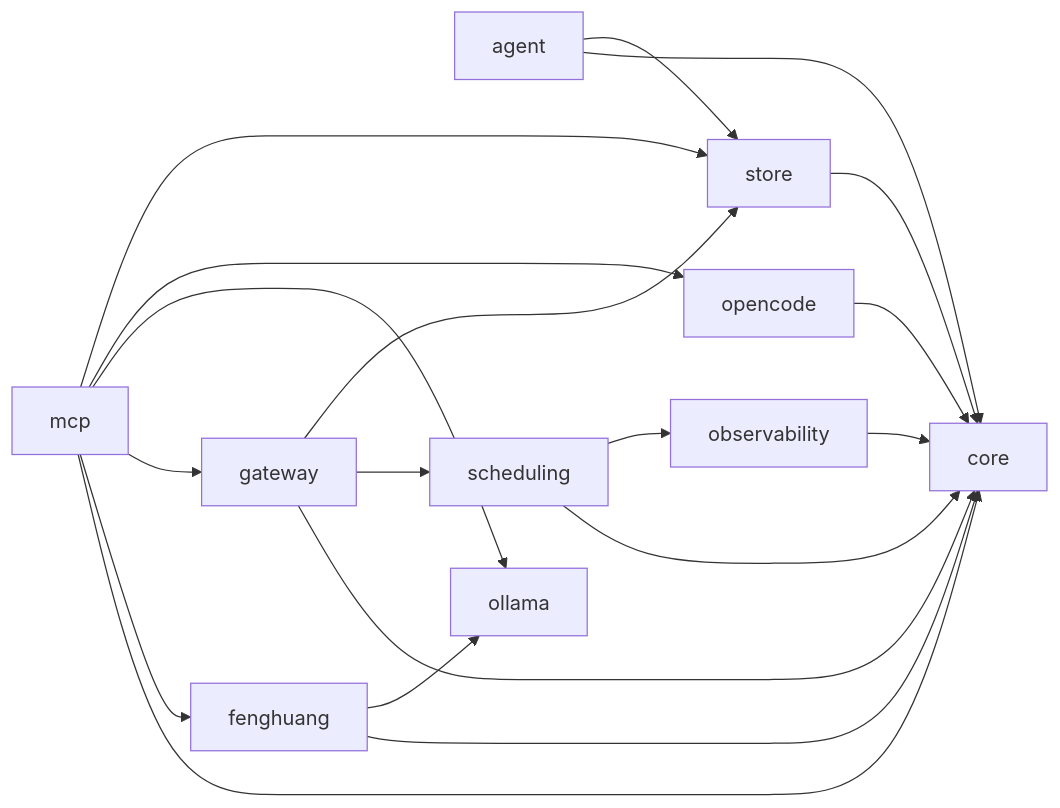
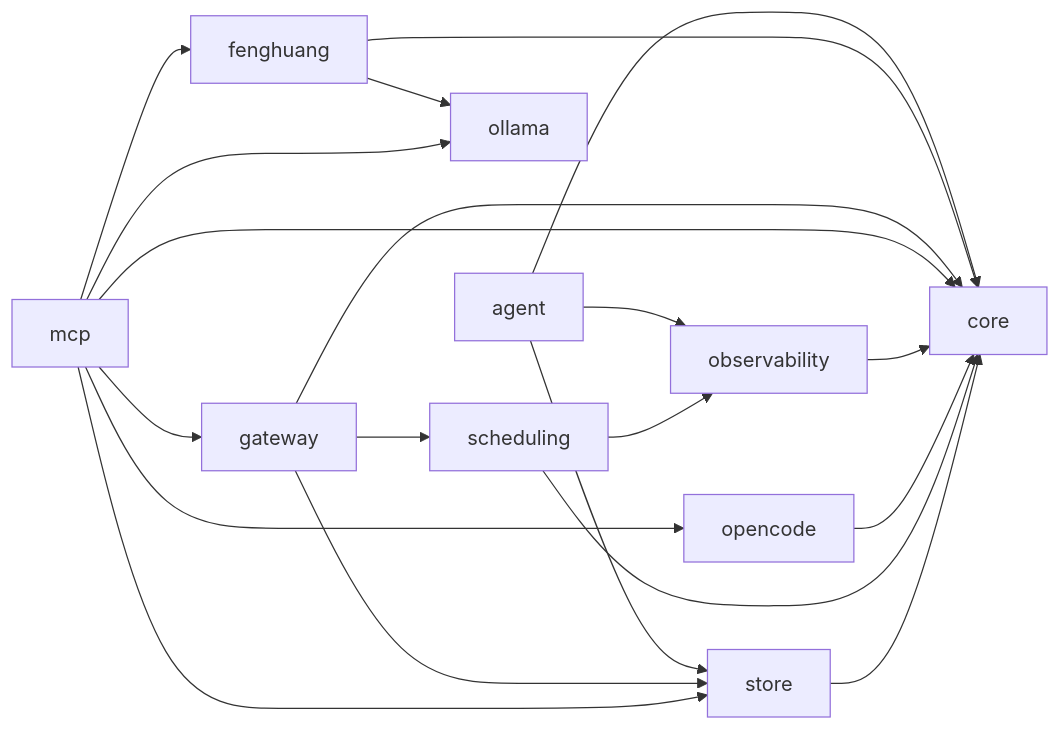
Before and after one commit to OJII3/vicissitude: the diagram in docs/DEPS.md, drawn with Mermaid. The commit also changed other lines of this file and 8 other files, not shown here.

````diff
--- a/docs/DEPS.md
+++ b/docs/DEPS.md
@@ -7,23 +7,24 @@
 ```mermaid
 graph LR
   agent --> core
+  agent --> observability
   agent --> store
   core
   fenghuang --> core
   fenghuang --> ollama
   gateway --> core
   gateway --> scheduling
   gateway --> store
   mcp --> core
   mcp --> fenghuang
   mcp --> gateway
   mcp --> ollama
   mcp --> opencode
   mcp --> store
   observability --> core
   ollama
   opencode --> core
   scheduling --> core
   scheduling --> observability
   store --> core
 ```
````
